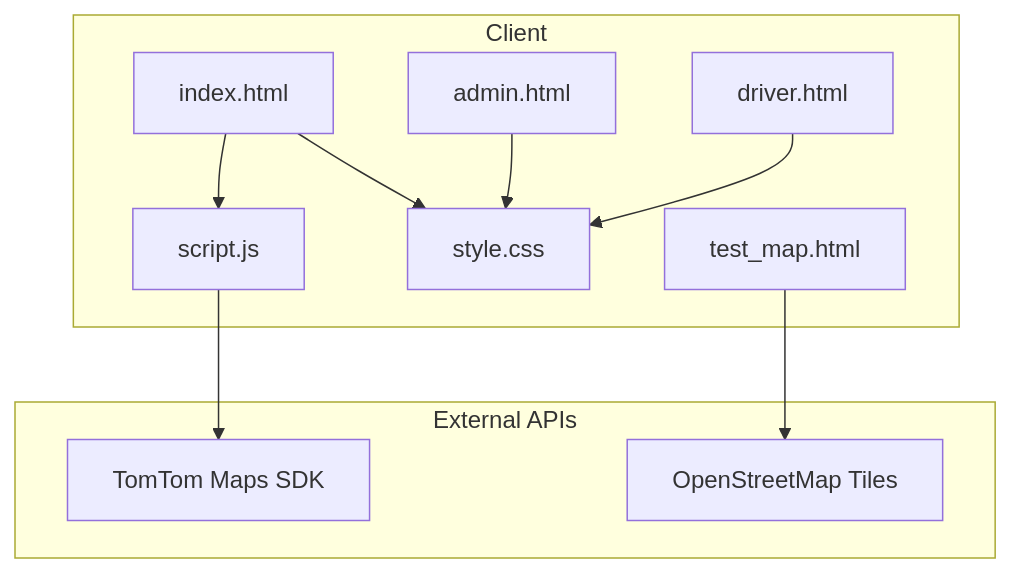
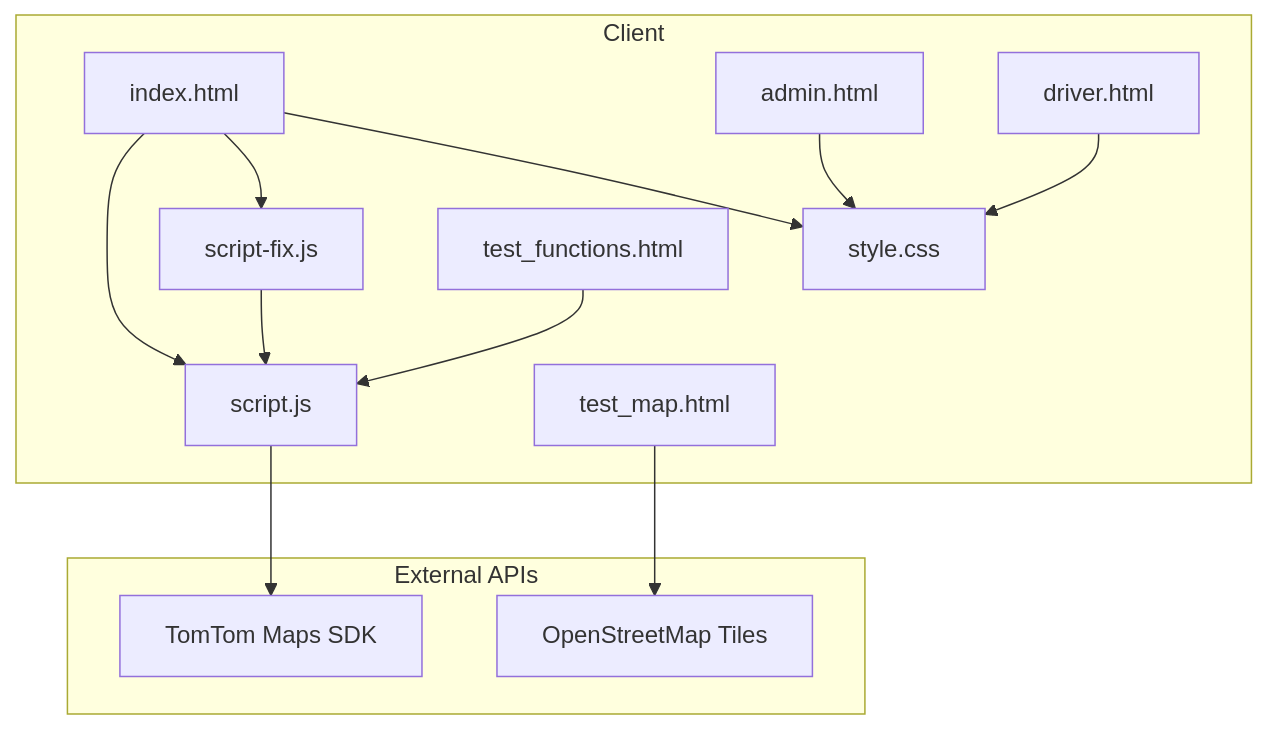
Before and after one commit to Rehanpatel3858/BusTrack-Pro: the second of 10 diagrams in .qoder/repowiki/en/content/Development and Testing.md, drawn with Mermaid. The commit also changed other lines of this file and 6 other files, not shown here.

````diff
--- a/.qoder/repowiki/en/content/Development and Testing.md
+++ b/.qoder/repowiki/en/content/Development and Testing.md
@@ -85,21 +109,26 @@
 ```mermaid
 graph TB
 subgraph "Client"
 IDX["index.html"]
 SCR["script.js"]
+FIX["script-fix.js"]
 STY["style.css"]
 ADM["admin.html"]
 DRV["driver.html"]
 TST["test_map.html"]
+FUN["test_functions.html"]
 end
 subgraph "External APIs"
 TT["TomTom Maps SDK"]
 OSMT["OpenStreetMap Tiles"]
 end
 IDX --> SCR
+IDX --> FIX
 IDX --> STY
 ADM --> STY
 DRV --> STY
 SCR --> TT
 TST --> OSMT
+FUN --> SCR
+FIX --> SCR
 ```
````
